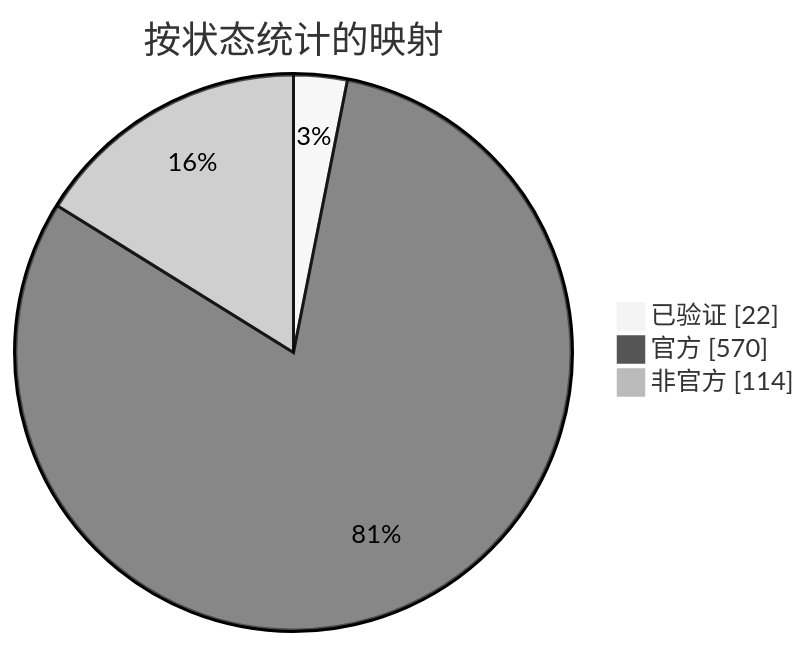
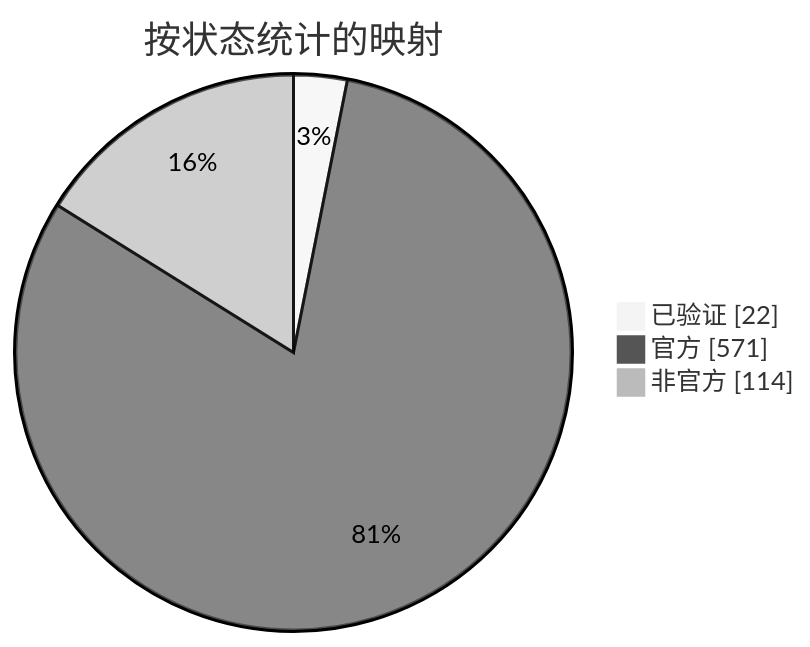
The diagram in docs/readme/README_ZHS.md (nobrega8/mbmap-library), drawn with Mermaid (neutral theme) before and after one commit. The commit also changed 6 other files, not shown here.

````diff
--- a/docs/readme/README_ZHS.md
+++ b/docs/readme/README_ZHS.md
@@ -54,7 +54,7 @@
 ```mermaid
 pie showData
     title 按状态统计的映射
     "已验证" : 22
-    "官方" : 570
+    "官方" : 571
     "非官方" : 114
 ```
````
